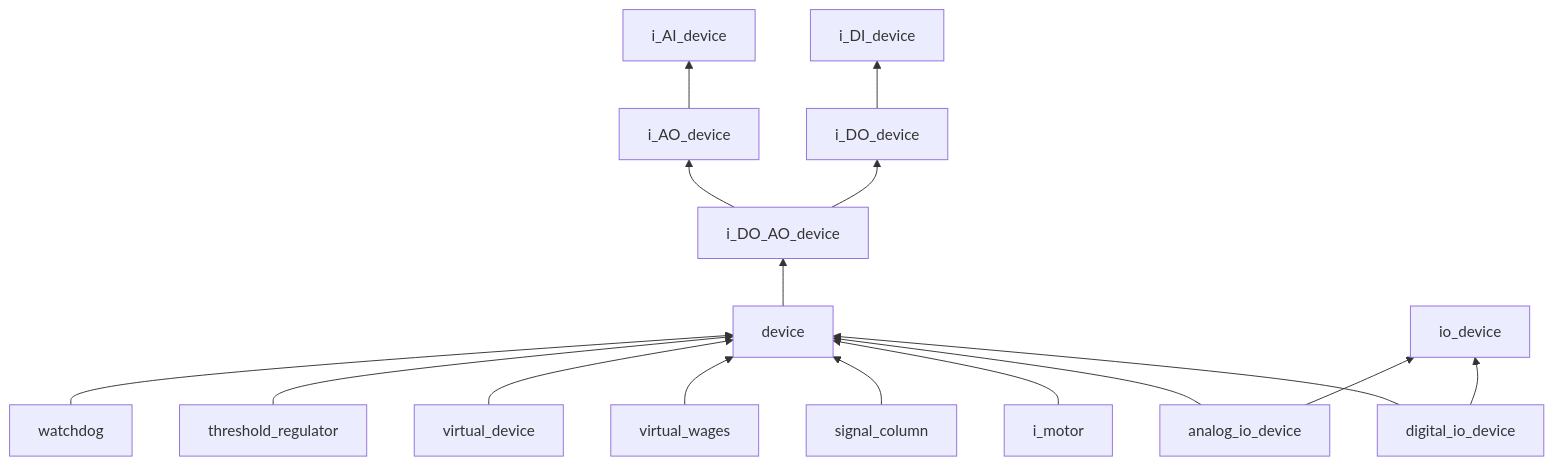
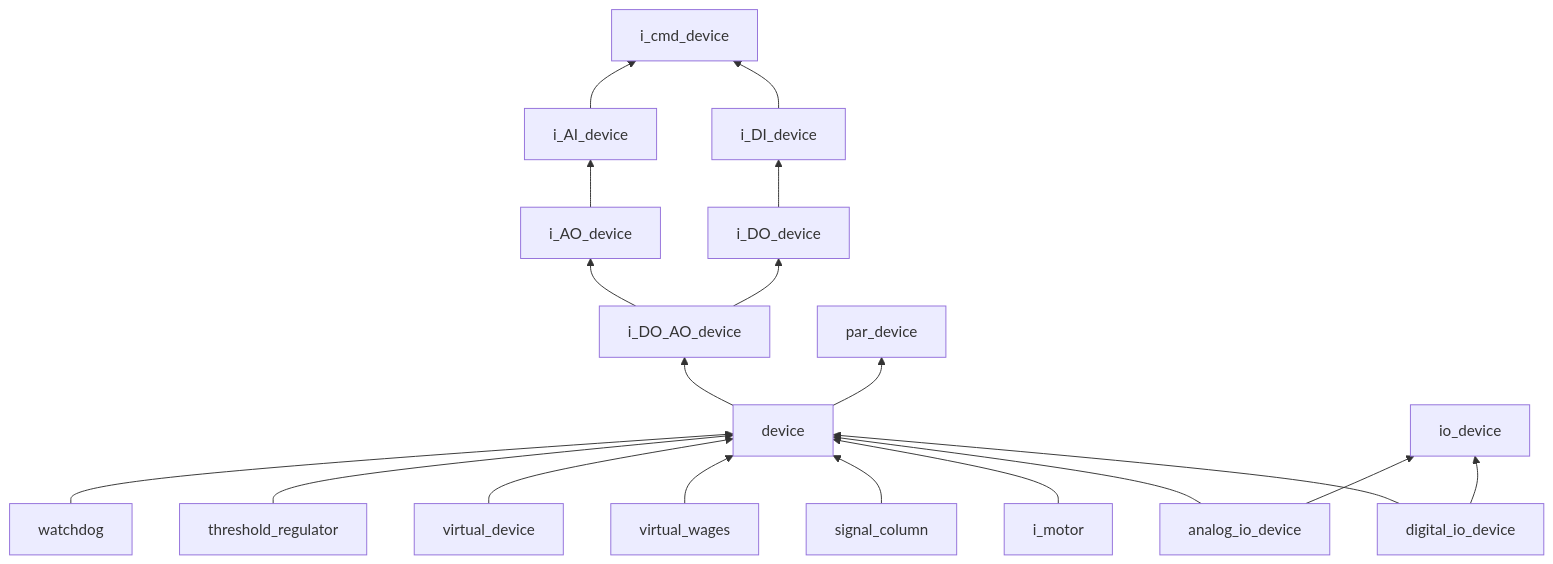
The first of 11 diagrams in docs/class_scheme/readme.md (savushkin-r-d/ptusa_main), drawn with Mermaid before and after one commit.

Commit message:
[review] Fix diagrams

````diff
--- a/docs/class_scheme/readme.md
+++ b/docs/class_scheme/readme.md
@@ -3,18 +3,21 @@
 ```mermaid
 flowchart BT
     device[device] --> i_DO_AO_device[i_DO_AO_device]
+    device --> par_device[par_device]
     i_DO_device[i_DO_device] --> i_DI_device[i_DI_device]
     i_AO_device[i_AO_device] --> i_AI_device[i_AI_device]
+    i_DI_device --> i_cmd_device[i_cmd_device]
+    i_AI_device --> i_cmd_device
     i_DO_AO_device --> i_AO_device
     i_DO_AO_device --> i_DO_device
     digital_io_device[digital_io_device] --> device
     digital_io_device --> io_device[io_device]
     analog_io_device[analog_io_device] --> device
     analog_io_device --> io_device
     i_motor[i_motor] --> device
-    signal_column[signal_column] --> device   
+    signal_column[signal_column] --> device
     virtual_wages[virtual_wages] --> device
     virtual_device[virtual_device] --> device
     threshold_regulator[threshold_regulator] --> device
     watchdog[watchdog] --> device
 ```
````
